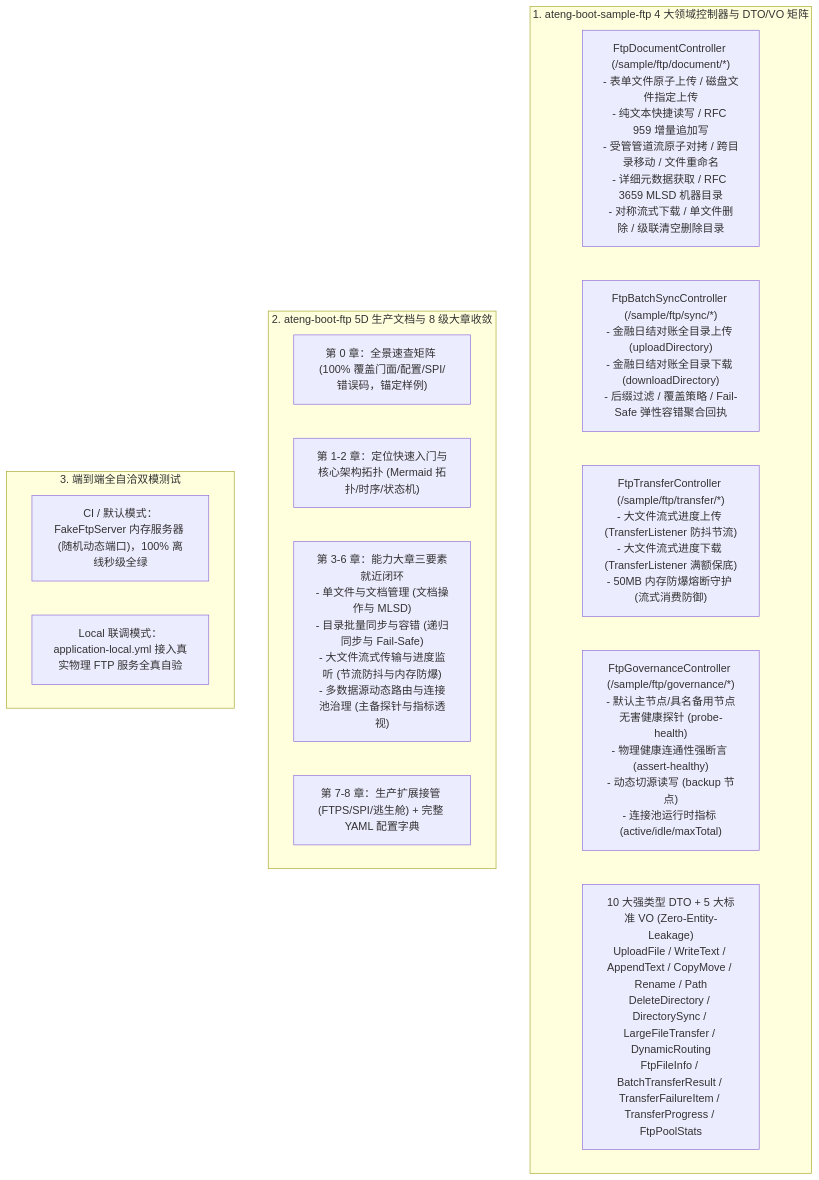
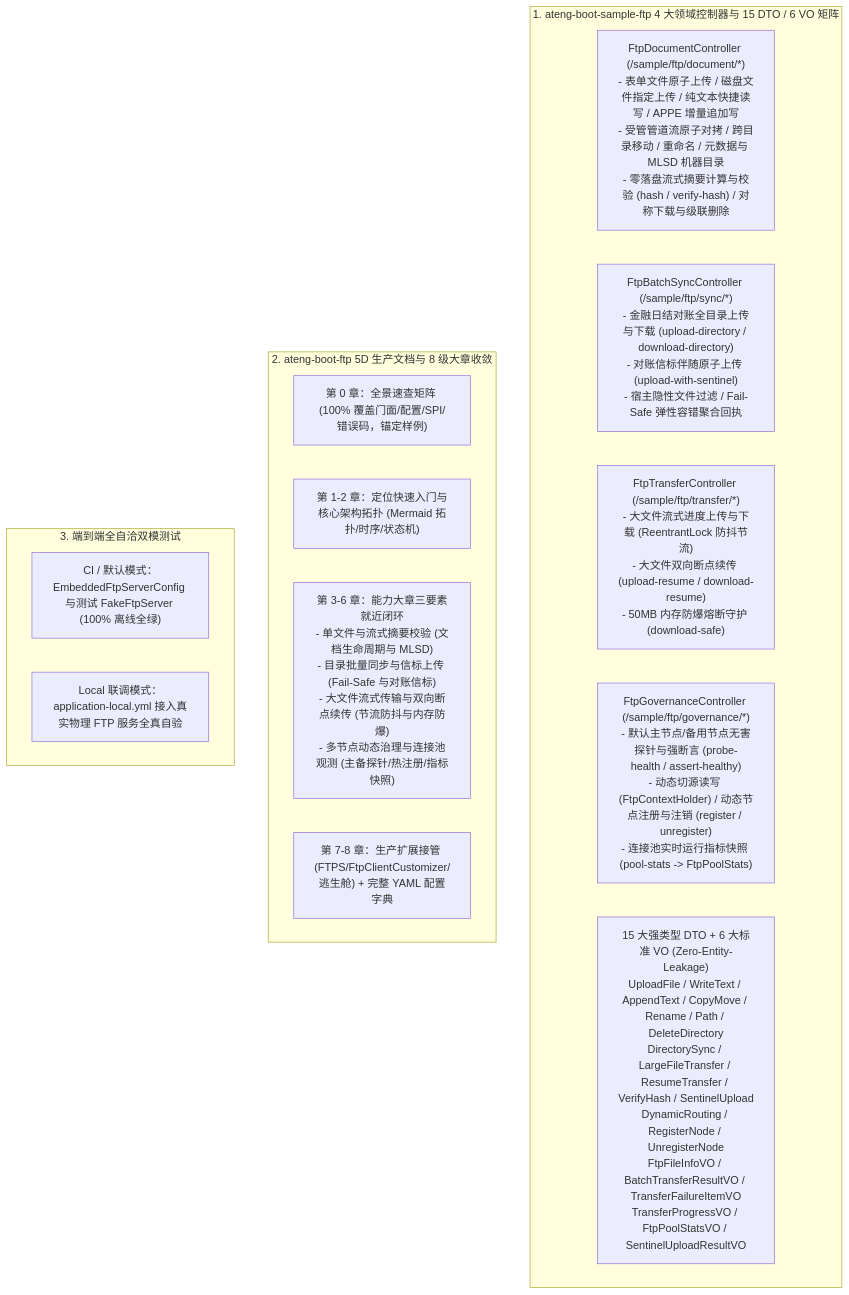
The diagram in docs/adr/0096-ftp-sample-multi-controller-and-production-hardening-architecture.md (atengk/ateng-boot), drawn with Mermaid before and after one commit. The commit also changed other lines of this file and 5 other files, not shown here.

First line of the commit message:
docs(ftp): Sample-First 五维生产文档、四段式体验卡与领域/ADR 闭环

````diff
--- a/docs/adr/0096-ftp-sample-multi-controller-and-production-hardening-architecture.md
+++ b/docs/adr/0096-ftp-sample-multi-controller-and-production-hardening-architecture.md
@@ -27,22 +27,22 @@
 ```mermaid
 flowchart TD
-    subgraph SampleMatrix["1. ateng-boot-sample-ftp 4 大领域控制器与 DTO/VO 矩阵"]
-        DocCtrl["FtpDocumentController (/sample/ftp/document/*)\n- 表单文件原子上传 / 磁盘文件指定上传\n- 纯文本快捷读写 / RFC 959 增量追加写\n- 受管管道流原子对拷 / 跨目录移动 / 文件重命名\n- 详细元数据获取 / RFC 3659 MLSD 机器目录\n- 对称流式下载 / 单文件删除 / 级联清空删除目录"]
-        SyncCtrl["FtpBatchSyncController (/sample/ftp/sync/*)\n- 金融日结对账全目录上传 (uploadDirectory)\n- 金融日结对账全目录下载 (downloadDirectory)\n- 后缀过滤 / 覆盖策略 / Fail-Safe 弹性容错聚合回执"]
-        TransferCtrl["FtpTransferController (/sample/ftp/transfer/*)\n- 大文件流式进度上传 (TransferListener 防抖节流)\n- 大文件流式进度下载 (TransferListener 满额保底)\n- 50MB 内存防爆熔断守护 (流式消费防御)"]
-        GovCtrl["FtpGovernanceController (/sample/ftp/governance/*)\n- 默认主节点/具名备用节点无害健康探针 (probe-health)\n- 物理健康连通性强断言 (assert-healthy)\n- 动态切源读写 (backup 节点)\n- 连接池运行时指标 (active/idle/maxTotal)"]
-        DTOMatrix["10 大强类型 DTO + 5 大标准 VO (Zero-Entity-Leakage)\nUploadFile / WriteText / AppendText / CopyMove / Rename / Path\nDeleteDirectory / DirectorySync / LargeFileTransfer / DynamicRouting\nFtpFileInfo / BatchTransferResult / TransferFailureItem / TransferProgress / FtpPoolStats"]
+    subgraph SampleMatrix["1. ateng-boot-sample-ftp 4 大领域控制器与 15 DTO / 6 VO 矩阵"]
+        DocCtrl["FtpDocumentController (/sample/ftp/document/*)\n- 表单文件原子上传 / 磁盘文件指定上传 / 纯文本快捷读写 / APPE 增量追加写\n- 受管管道流原子对拷 / 跨目录移动 / 重命名 / 元数据与 MLSD 机器目录\n- 零落盘流式摘要计算与校验 (hash / verify-hash) / 对称下载与级联删除"]
+        SyncCtrl["FtpBatchSyncController (/sample/ftp/sync/*)\n- 金融日结对账全目录上传与下载 (upload-directory / download-directory)\n- 对账信标伴随原子上传 (upload-with-sentinel)\n- 宿主隐性文件过滤 / Fail-Safe 弹性容错聚合回执"]
+        TransferCtrl["FtpTransferController (/sample/ftp/transfer/*)\n- 大文件流式进度上传与下载 (ReentrantLock 防抖节流)\n- 大文件双向断点续传 (upload-resume / download-resume)\n- 50MB 内存防爆熔断守护 (download-safe)"]
+        GovCtrl["FtpGovernanceController (/sample/ftp/governance/*)\n- 默认主节点/备用节点无害探针与强断言 (probe-health / assert-healthy)\n- 动态切源读写 (FtpContextHolder) / 动态节点注册与注销 (register / unregister)\n- 连接池实时运行指标快照 (pool-stats -> FtpPoolStats)"]
+        DTOMatrix["15 大强类型 DTO + 6 大标准 VO (Zero-Entity-Leakage)\nUploadFile / WriteText / AppendText / CopyMove / Rename / Path / DeleteDirectory\nDirectorySync / LargeFileTransfer / ResumeTransfer / VerifyHash / SentinelUpload\nDynamicRouting / RegisterNode / UnregisterNode\nFtpFileInfoVO / BatchTransferResultVO / TransferFailureItemVO\nTransferProgressVO / FtpPoolStatsVO / SentinelUploadResultVO"]
     end
 
     subgraph DocSpec["2. ateng-boot-ftp 5D 生产文档与 8 级大章收敛"]
         Ch0["第 0 章：全景速查矩阵 (100% 覆盖门面/配置/SPI/错误码，锚定样例)"]
         Ch1_2["第 1-2 章：定位快速入门与核心架构拓扑 (Mermaid 拓扑/时序/状态机)"]
-        Ch3_6["第 3-6 章：能力大章三要素就近闭环\n- 单文件与文档管理 (文档操作与 MLSD)\n- 目录批量同步与容错 (递归同步与 Fail-Safe)\n- 大文件流式传输与进度监听 (节流防抖与内存防爆)\n- 多数据源动态路由与连接池治理 (主备探针与指标透视)"]
-        Ch7_8["第 7-8 章：生产扩展接管 (FTPS/SPI/逃生舱) + 完整 YAML 配置字典"]
+        Ch3_6["第 3-6 章：能力大章三要素就近闭环\n- 单文件与流式摘要校验 (文档生命周期与 MLSD)\n- 目录批量同步与信标上传 (Fail-Safe 与对账信标)\n- 大文件流式传输与双向断点续传 (节流防抖与内存防爆)\n- 多节点动态治理与连接池观测 (主备探针/热注册/指标快照)"]
+        Ch7_8["第 7-8 章：生产扩展接管 (FTPS/FtpClientCustomizer/逃生舱) + 完整 YAML 配置字典"]
     end
 
     subgraph TestHarness["3. 端到端全自洽双模测试"]
-        OfflineCI["CI / 默认模式：FakeFtpServer 内存服务器 (随机动态端口)，100% 离线秒级全绿"]
+        OfflineCI["CI / 默认模式：EmbeddedFtpServerConfig 与测试 FakeFtpServer (100% 离线全绿)"]
         LocalReal["Local 联调模式：application-local.yml 接入真实物理 FTP 服务全真自验"]
     end
 ```
````
